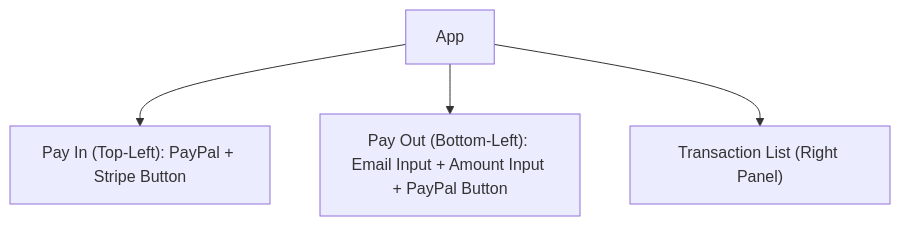
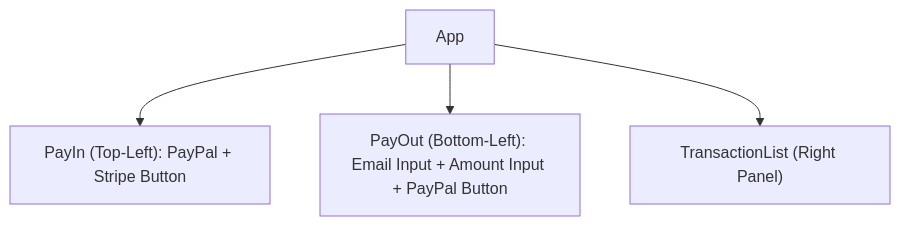
The first of 4 diagrams in researching/paypal-stripe-payment/prompt.md (quochuydev/quochuydev), drawn with Mermaid before and after one commit. The commit also changed other lines of this file and 1 other file, not shown here.

````diff
--- a/researching/paypal-stripe-payment/prompt.md
+++ b/researching/paypal-stripe-payment/prompt.md
@@ -32,10 +36,10 @@
 ```mermaid
 flowchart TD
   App --> PayIn
   App --> PayOut
   App --> TransactionList
 
-  PayIn["Pay In (Top-Left): PayPal + Stripe Button"]
-  PayOut["Pay Out (Bottom-Left): Email Input + Amount Input + PayPal Button"]
-  TransactionList["Transaction List (Right Panel)"]
+  PayIn["PayIn (Top-Left): PayPal + Stripe Button"]
+  PayOut["PayOut (Bottom-Left): Email Input + Amount Input + PayPal Button"]
+  TransactionList["TransactionList (Right Panel)"]
 ```
````
